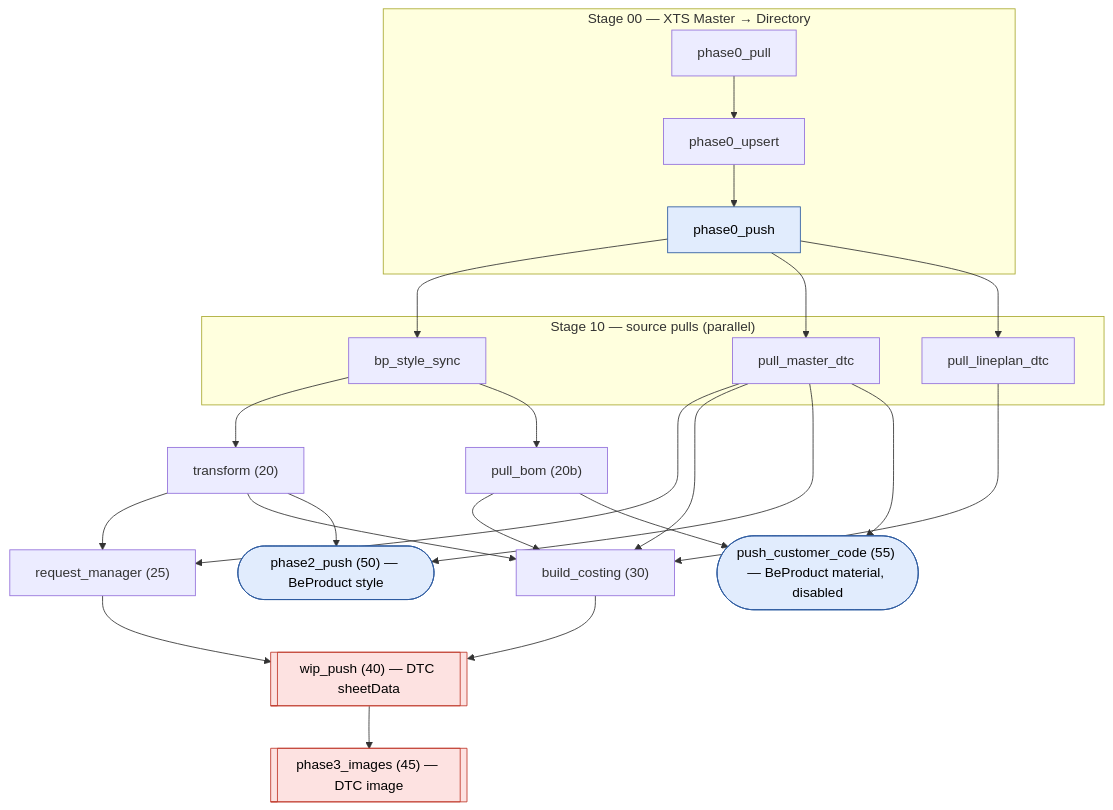
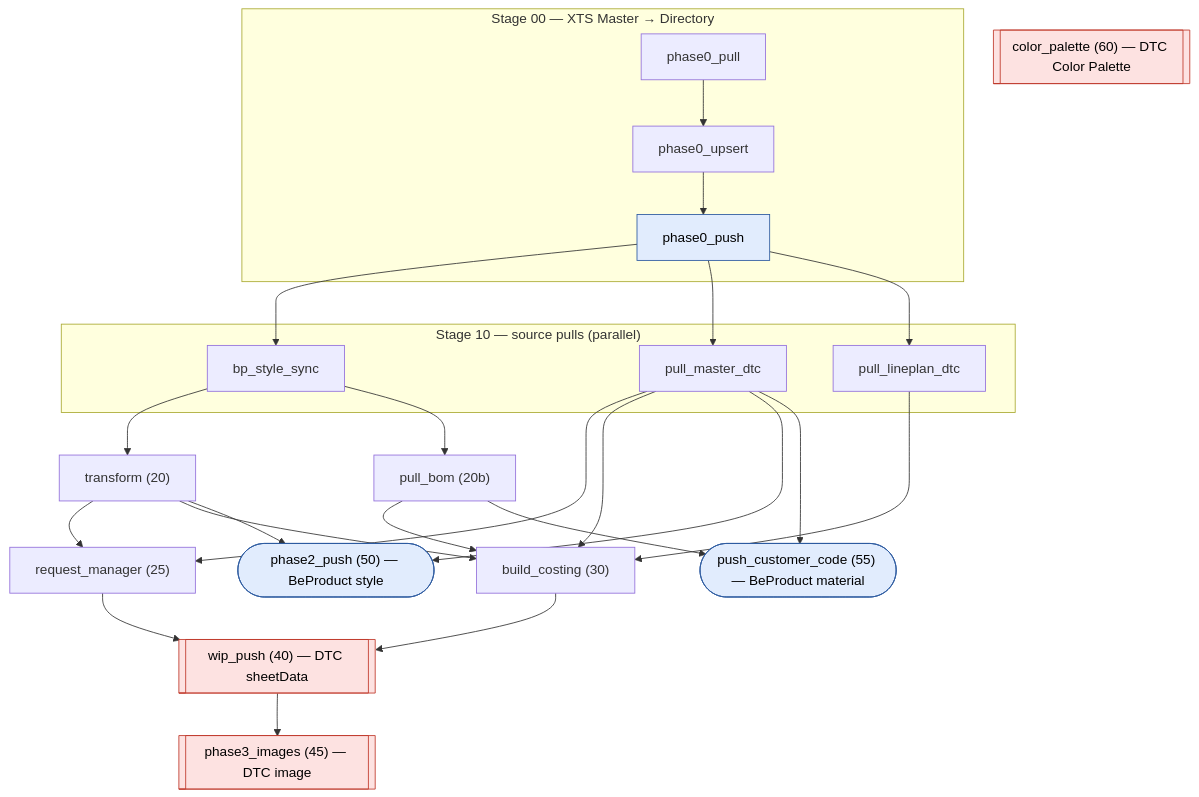
Before and after one commit to aukei/beproduct-databricks-sync: the first of 3 diagrams in docs/PIPELINE.md, drawn with Mermaid. The commit also changed other lines of this file and 9 other files, not shown here.

Commit message:
Add BP ColorPalette Sync to DTC

````diff
--- a/docs/PIPELINE.md
+++ b/docs/PIPELINE.md
@@ -103,31 +103,33 @@
 ```mermaid
 flowchart TD
     subgraph S00["Stage 00 — XTS Master → Directory"]
         p0_pull[phase0_pull] --> p0_upsert[phase0_upsert] --> p0_push[phase0_push]
     end
     subgraph S10["Stage 10 — source pulls (parallel)"]
         bp_style_sync[bp_style_sync]
         pull_master_dtc[pull_master_dtc]
         pull_lineplan_dtc[pull_lineplan_dtc]
     end
     p0_push --> bp_style_sync & pull_master_dtc & pull_lineplan_dtc
 
     bp_style_sync --> transform["transform (20)"]
     bp_style_sync --> pull_bom["pull_bom (20b)"]
 
     transform --> request_manager["request_manager (25)"]
     pull_master_dtc --> request_manager
 
     transform & pull_bom & pull_master_dtc & pull_lineplan_dtc --> build_costing["build_costing (30)"]
 
     request_manager & build_costing --> wip_push[["wip_push (40) — DTC sheetData"]]
     wip_push --> phase3_images[["phase3_images (45) — DTC image"]]
 
     transform & pull_master_dtc --> phase2_push(["phase2_push (50) — BeProduct style"])
-    pull_bom & pull_master_dtc --> push_customer_code(["push_customer_code (55) — BeProduct material, disabled"])
+    pull_bom & pull_master_dtc --> push_customer_code(["push_customer_code (55) — BeProduct material"])
+
+    color_palette[["color_palette (60) — DTC Color Palette"]]
 
     classDef dtc fill:#fde2e1,stroke:#c0392b,color:#000
     classDef bp fill:#e1ecfd,stroke:#2c5aa0,color:#000
-    class wip_push,phase3_images dtc
+    class wip_push,phase3_images,color_palette dtc
     class p0_push,phase2_push,push_customer_code bp
 ```
````
